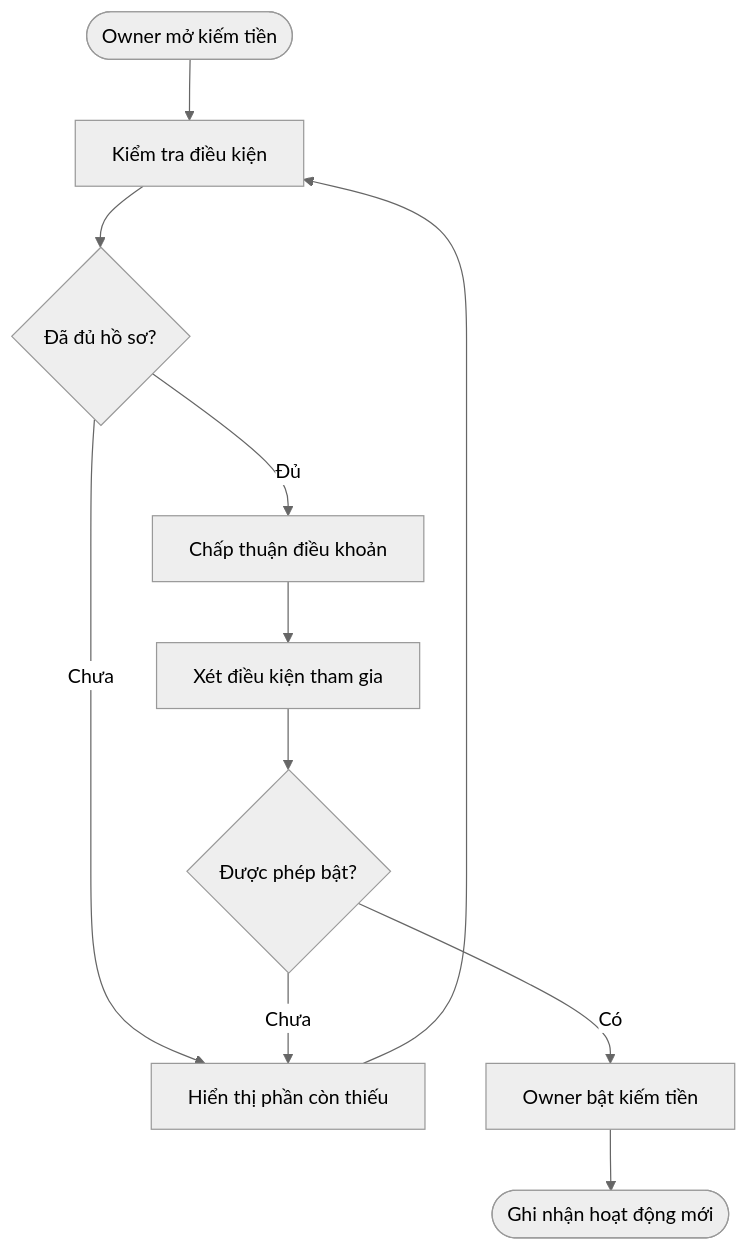
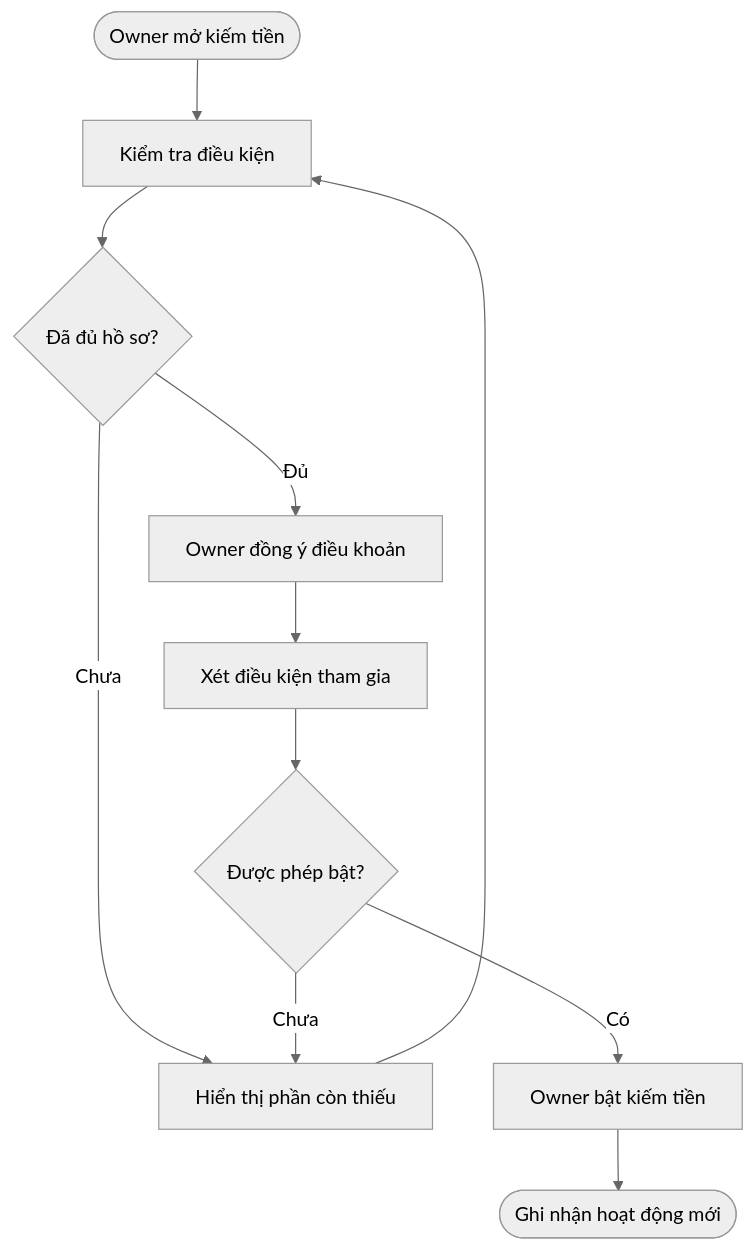
Before and after one commit to vlink-group/VlinkPay: the first of 9 diagrams in nexora/docs/business/business-oneqr-earnings.md, drawn with Mermaid (neutral theme). The commit also changed other lines of this file, not shown here.

Commit message:
Make the content flow more smoothly

````diff
--- a/nexora/docs/business/business-oneqr-earnings.md
+++ b/nexora/docs/business/business-oneqr-earnings.md
@@ -103,13 +133,13 @@
 ```mermaid
 flowchart TD
     A([Owner mở kiếm tiền]) --> B[Kiểm tra điều kiện]
     B --> C{Đã đủ hồ sơ?}
     C -- Chưa --> D[Hiển thị phần còn thiếu]
     D --> B
-    C -- Đủ --> E[Chấp thuận điều khoản]
+    C -- Đủ --> E[Owner đồng ý điều khoản]
     E --> F[Xét điều kiện tham gia]
     F --> G{Được phép bật?}
     G -- Chưa --> D
     G -- Có --> H[Owner bật kiếm tiền]
     H --> I([Ghi nhận hoạt động mới])
 ```
````
